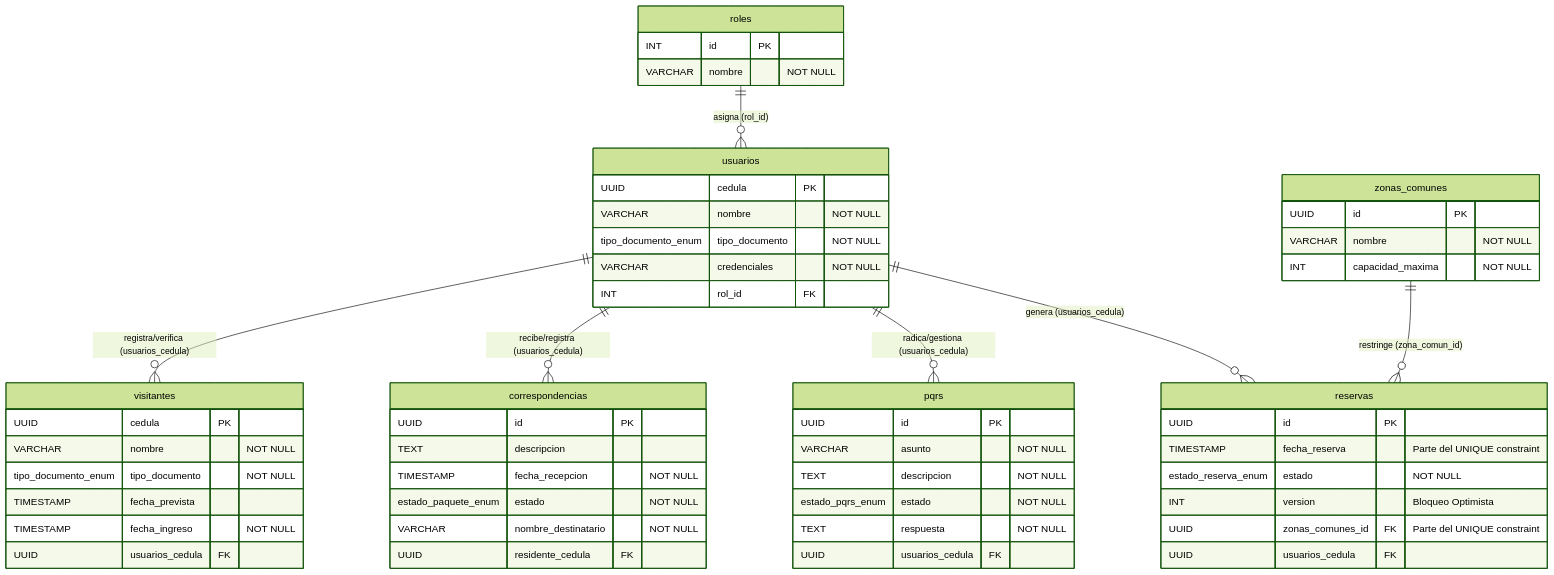
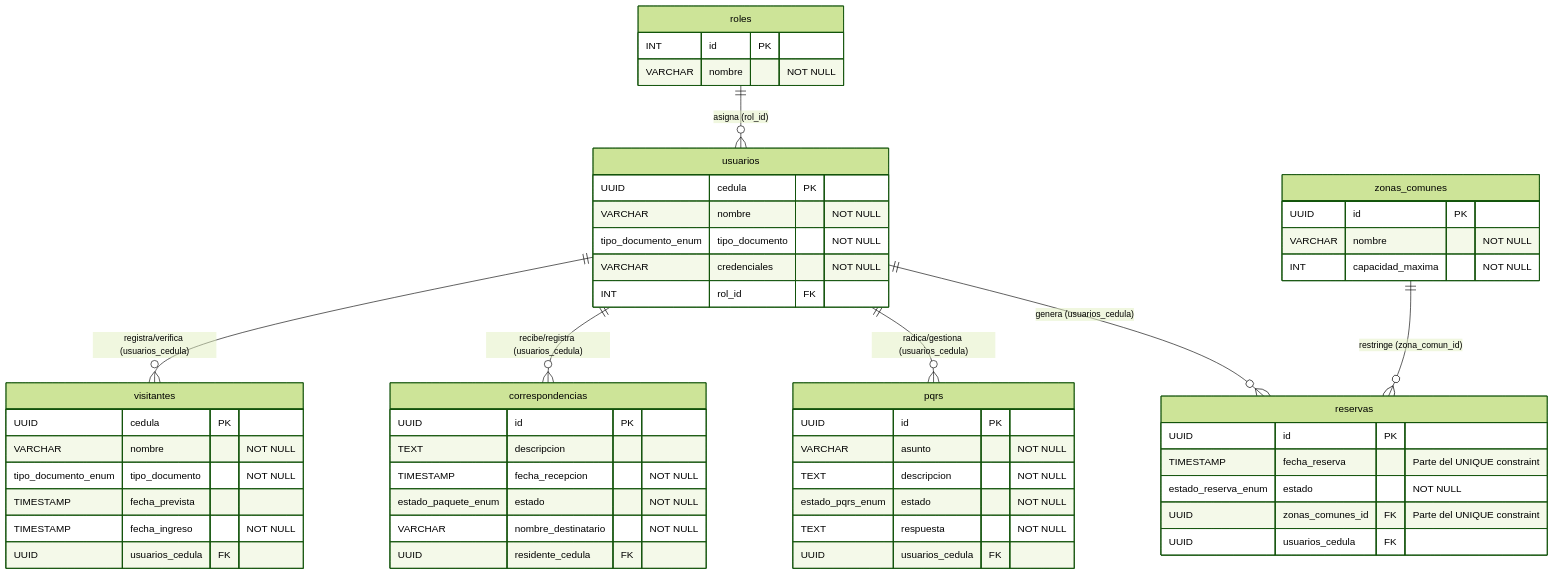
The diagram in docs/models/modelo-DB.md (lcardona3815-ship-it/houstingcontrol-software), drawn with Mermaid (forest theme) before and after one commit.

````diff
--- a/docs/models/modelo-DB.md
+++ b/docs/models/modelo-DB.md
@@ -1,66 +1,65 @@
 ```mermaid
 erDiagram
     %% Relaciones (Llaves Foráneas)
     roles ||--o{ usuarios : "asigna (rol_id)"
     usuarios ||--o{ visitantes : "registra/verifica (usuarios_cedula)"
     usuarios ||--o{ correspondencias : "recibe/registra (usuarios_cedula)"
     usuarios ||--o{ pqrs : "radica/gestiona (usuarios_cedula)"
     usuarios ||--o{ reservas : "genera (usuarios_cedula)"
     zonas_comunes ||--o{ reservas : "restringe (zona_comun_id)"
 
     %% Tablas y columnas
     roles {
         INT id PK
         VARCHAR nombre "NOT NULL"
     }
 
     usuarios {
         UUID cedula PK
         VARCHAR nombre "NOT NULL"
         tipo_documento_enum tipo_documento "NOT NULL"
         VARCHAR credenciales "NOT NULL"
         INT rol_id FK
     }
 
     zonas_comunes {
         UUID id PK
         VARCHAR nombre "NOT NULL"
         INT capacidad_maxima "NOT NULL"
     }
 
     visitantes {
         UUID cedula PK
         VARCHAR nombre "NOT NULL"
         tipo_documento_enum tipo_documento "NOT NULL"
         TIMESTAMP fecha_prevista 
         TIMESTAMP fecha_ingreso "NOT NULL"
         UUID usuarios_cedula FK
     }
 
     correspondencias {
         UUID id PK
         TEXT descripcion
         TIMESTAMP fecha_recepcion "NOT NULL"
         estado_paquete_enum estado "NOT NULL"
         VARCHAR nombre_destinatario "NOT NULL"
         UUID residente_cedula FK
     }
 
     pqrs {
         UUID id PK
         VARCHAR asunto "NOT NULL"
         TEXT descripcion "NOT NULL"
         estado_pqrs_enum estado "NOT NULL"
         TEXT respuesta "NOT NULL"
         UUID usuarios_cedula FK
     }
 
     reservas {
         UUID id PK
         TIMESTAMP fecha_reserva "Parte del UNIQUE constraint"
         estado_reserva_enum estado "NOT NULL"
-        INT version "Bloqueo Optimista"
         UUID zonas_comunes_id FK "Parte del UNIQUE constraint"
         UUID usuarios_cedula FK
     }
 ```
````
